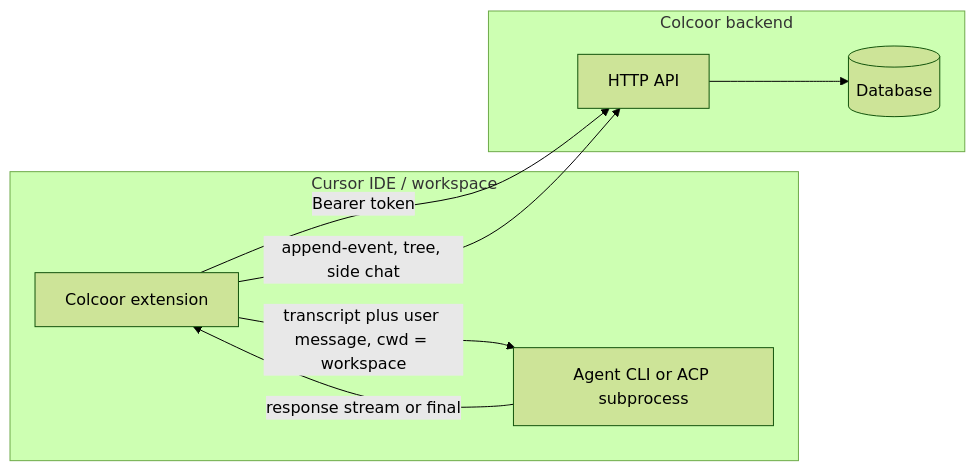
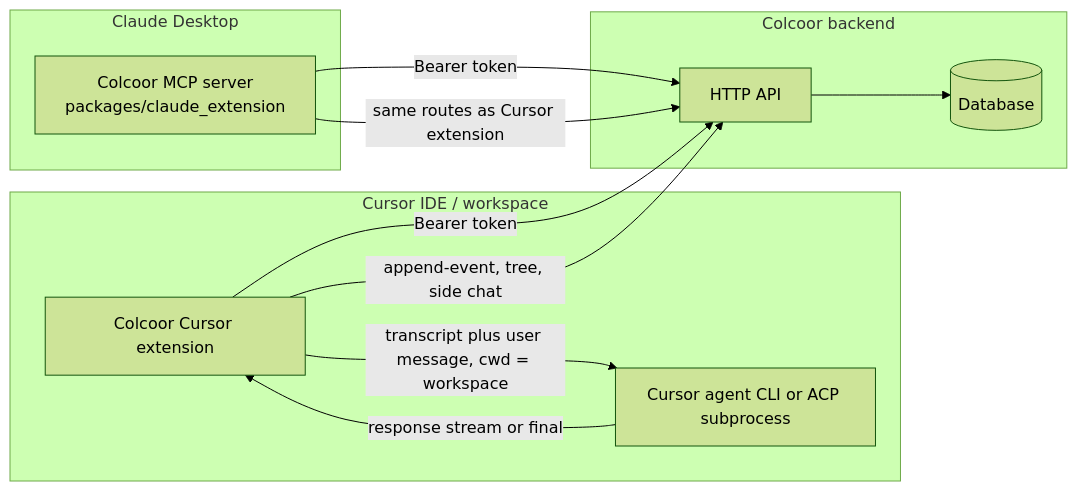
One commit to Yosef-levy/colcoor changed the diagram in docs/architecture.md. Above: the diagram before and after it, drawn with Mermaid (forest theme). The commit also changed other lines of this file and 37 other files, not shown here.

````diff
--- a/docs/architecture.md
+++ b/docs/architecture.md
@@ -27,16 +32,21 @@
 ```mermaid
 flowchart LR
   subgraph ide [Cursor IDE / workspace]
-    Ext[Colcoor extension]
-    CLI[Agent CLI or ACP subprocess]
+    Ext[Colcoor Cursor extension]
+    CLI[Cursor agent CLI or ACP subprocess]
+  end
+  subgraph claude [Claude Desktop]
+    DXT[Colcoor MCP server\npackages/claude_extension]
   end
   subgraph colcoor [Colcoor backend]
     API[HTTP API]
     DB[(Database)]
   end
   Ext -->|Bearer token| API
   Ext -->|append-event, tree, side chat| API
+  DXT -->|Bearer token| API
+  DXT -->|same routes as Cursor extension| API
   API --> DB
   Ext -->|transcript plus user message, cwd = workspace| CLI
   CLI -->|response stream or final| Ext
 ```
````
